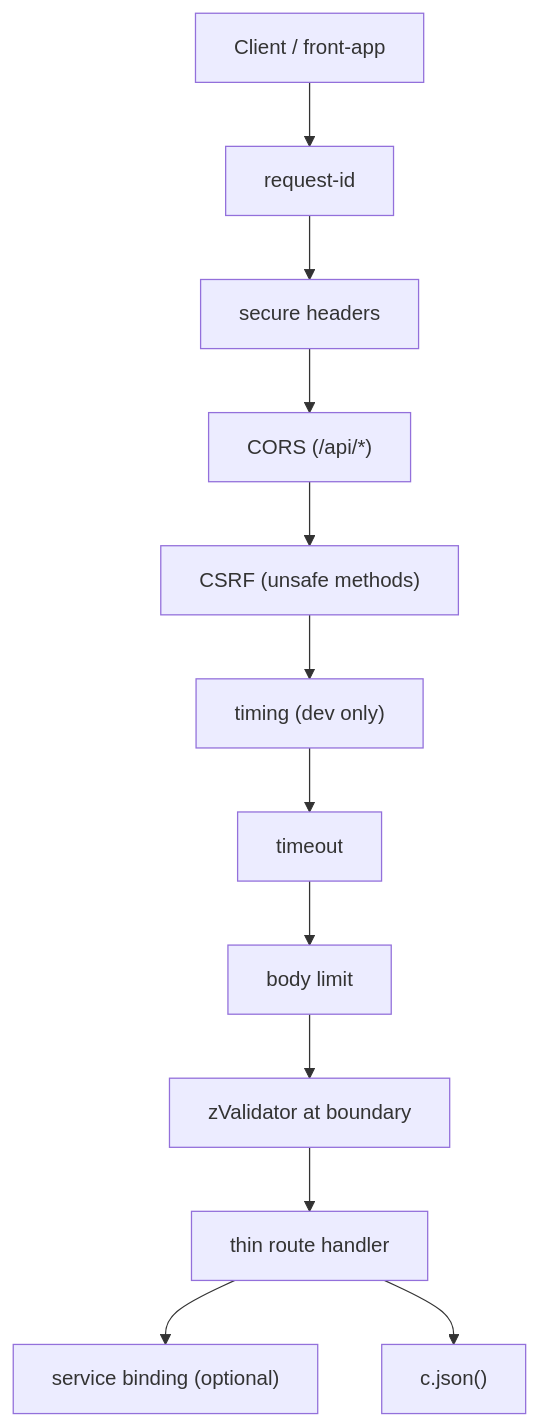
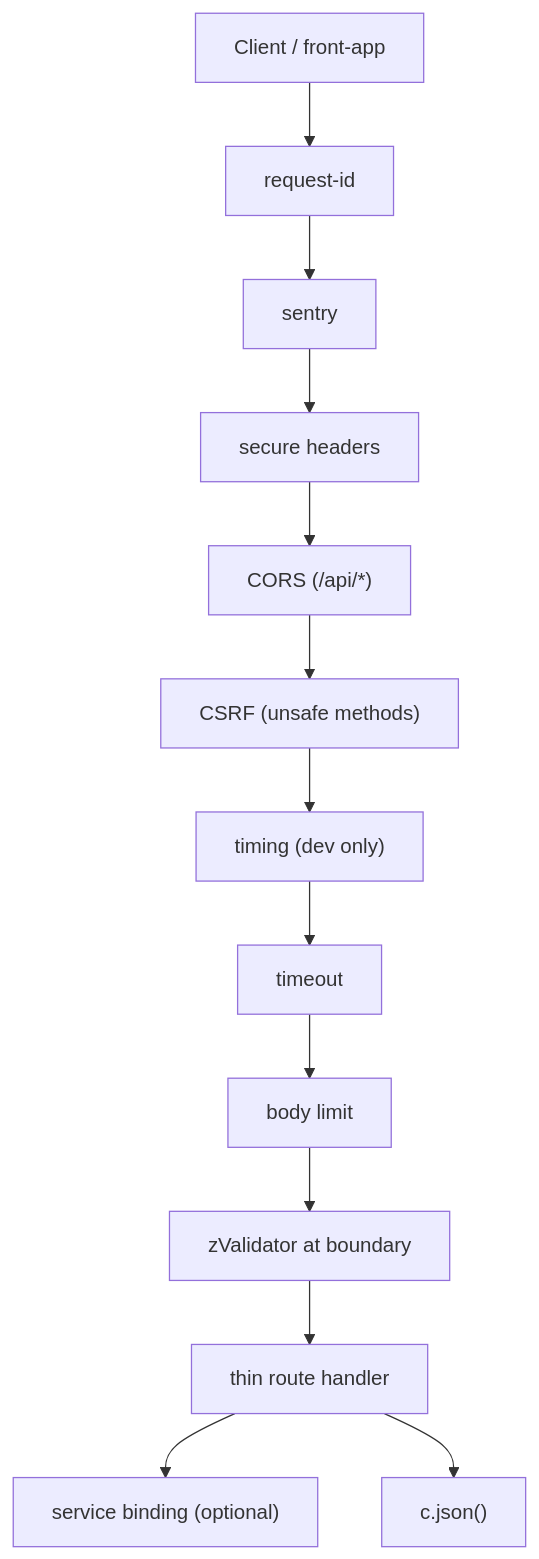
Before and after one commit to louisbrulenaudet/monorepo-template: the diagram in .claude/rules/backend/hono-gateway.md, drawn with Mermaid. The commit also changed other lines of this file and 132 other files, not shown here.

````diff
--- a/.claude/rules/backend/hono-gateway.md
+++ b/.claude/rules/backend/hono-gateway.md
@@ -13,14 +13,15 @@
 ```mermaid
 flowchart TD
   Client["Client / front-app"] --> ReqId["request-id"]
-  ReqId --> Sec["secure headers"]
+  ReqId --> Sentry["sentry"]
+  Sentry --> Sec["secure headers"]
   Sec --> CORS["CORS (/api/*)"]
   CORS --> CSRF["CSRF (unsafe methods)"]
   CSRF --> Timing["timing (dev only)"]
   Timing --> Timeout["timeout"]
   Timeout --> Body["body limit"]
   Body --> Validation["zValidator at boundary"]
   Validation --> Handler["thin route handler"]
   Handler --> Binding["service binding (optional)"]
   Handler --> Response["c.json()"]
 ```
````
